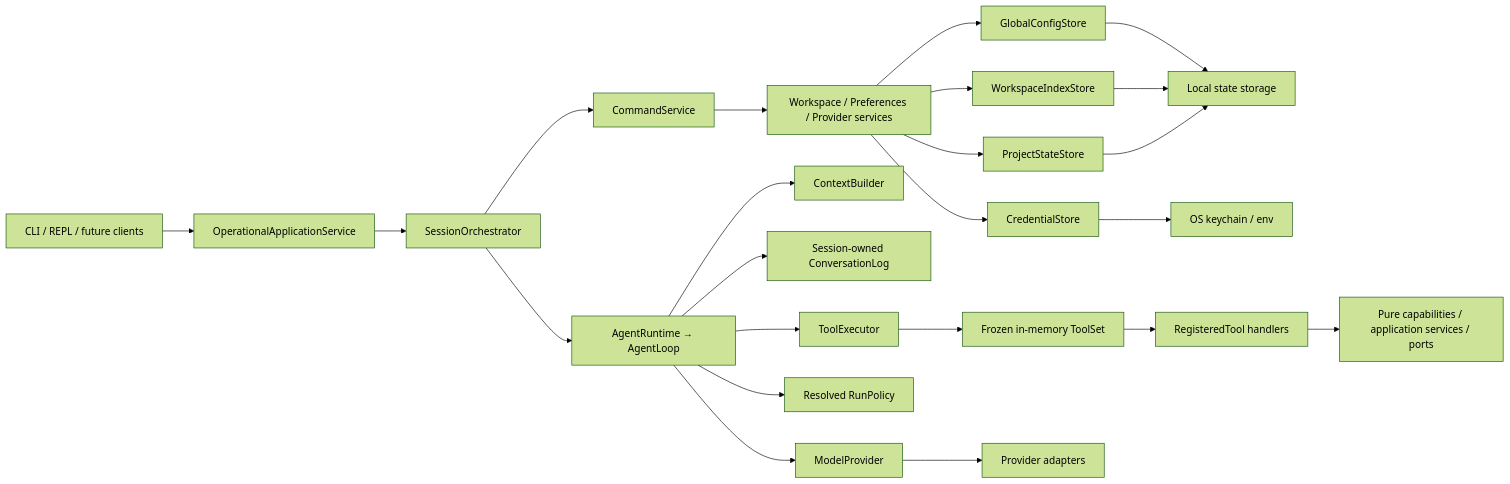
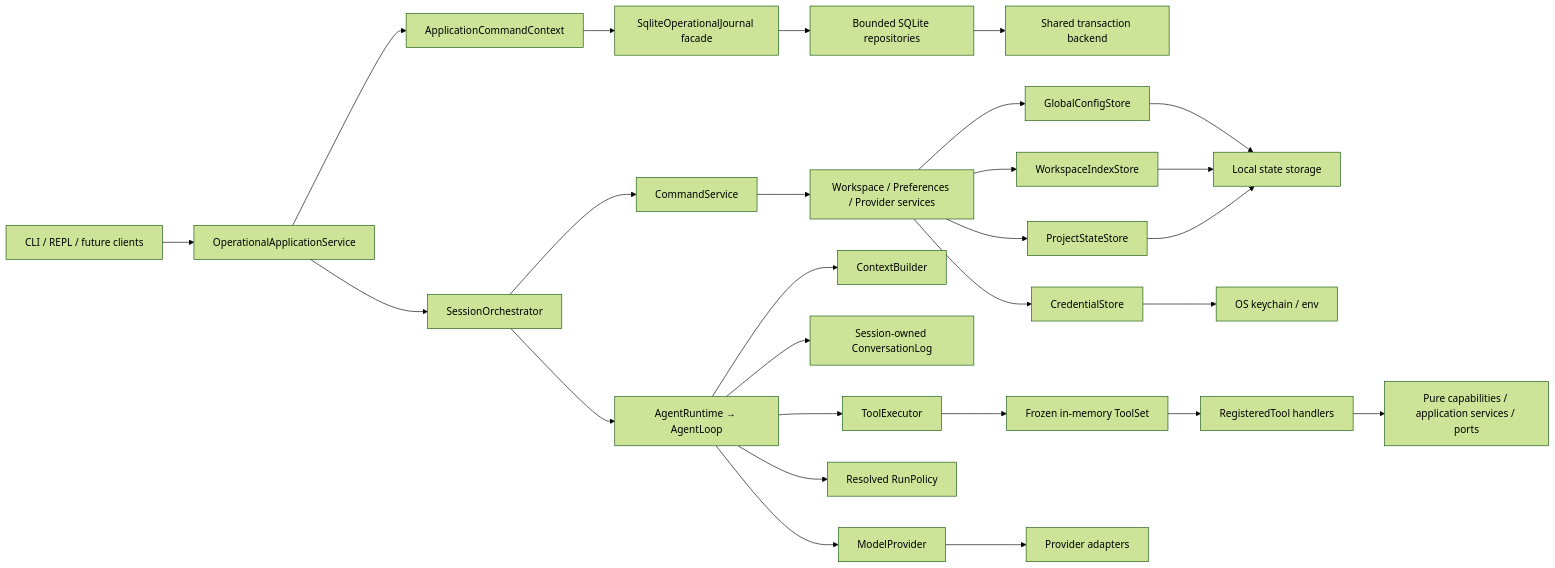
The diagram in docs/ARCHITECTURE.md (Maxuix/morrow-agent), drawn with Mermaid (forest theme) before and after one commit. The commit also changed other lines of this file and 7 other files, not shown here.

Commit message:
docs(architecture): close boundary refactor

````diff
--- a/docs/ARCHITECTURE.md
+++ b/docs/ARCHITECTURE.md
@@ -13,25 +13,29 @@
 ```mermaid
 flowchart LR
     UI["CLI / REPL / future clients"] --> API["OperationalApplicationService"]
+    API --> CMDCTX["ApplicationCommandContext"]
     API --> ORCH["SessionOrchestrator"]
     ORCH --> COMMAND["CommandService"]
     ORCH --> RUNTIME["AgentRuntime → AgentLoop"]
     RUNTIME --> CONTEXT["ContextBuilder"]
     RUNTIME --> LOG["Session-owned ConversationLog"]
     RUNTIME --> EXECUTOR["ToolExecutor"]
     EXECUTOR --> TOOLSET["Frozen in-memory ToolSet"]
     TOOLSET --> HANDLER["RegisteredTool handlers"]
     HANDLER --> CAPABILITY["Pure capabilities / application services / ports"]
     RUNTIME --> POLICY["Resolved RunPolicy"]
     RUNTIME --> PROVIDER["ModelProvider"]
     COMMAND --> SERVICES["Workspace / Preferences / Provider services"]
     SERVICES --> GLOBAL["GlobalConfigStore"]
     SERVICES --> INDEX["WorkspaceIndexStore"]
     SERVICES --> STATE["ProjectStateStore"]
     SERVICES --> CREDENTIAL["CredentialStore"]
     PROVIDER --> ADAPTER["Provider adapters"]
+    CMDCTX --> JOURNAL["SqliteOperationalJournal facade"]
+    JOURNAL --> REPOSITORIES["Bounded SQLite repositories"]
+    REPOSITORIES --> TRANSACTION["Shared transaction backend"]
     GLOBAL --> STORAGE["Local state storage"]
     INDEX --> STORAGE
     STATE --> STORAGE
     CREDENTIAL --> KEYCHAIN["OS keychain / env"]
 ```
````
